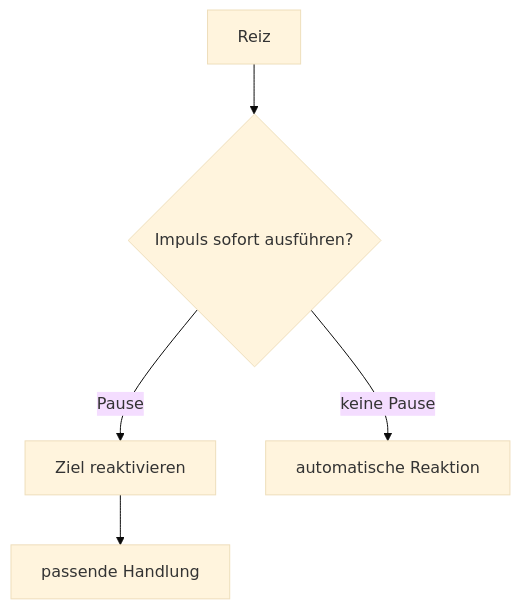
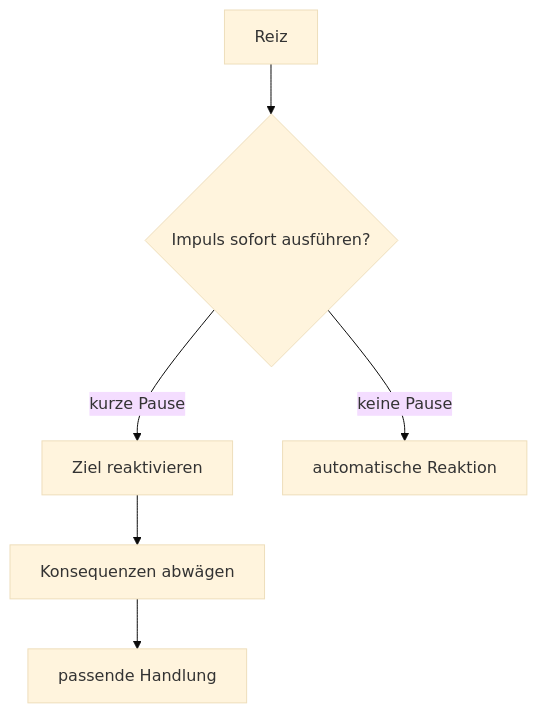
One commit to H234598/ADHS-Lernpfad changed the diagram in 01-Grundlagen/02-Inhibition-und-Handlungssteuerung.md. Above: the diagram before and after it, drawn with Mermaid (base theme). The commit also changed other lines of this file and 12 other files, not shown here.

````diff
--- a/01-Grundlagen/02-Inhibition-und-Handlungssteuerung.md
+++ b/01-Grundlagen/02-Inhibition-und-Handlungssteuerung.md
@@ -31,7 +49,8 @@
 ```mermaid
 flowchart TD
   R[Reiz] --> I{Impuls sofort ausführen?}
-  I -->|Pause| Z[Ziel reaktivieren]
-  Z --> H[passende Handlung]
+  I -->|kurze Pause| Z[Ziel reaktivieren]
+  Z --> W[Konsequenzen abwägen]
+  W --> H[passende Handlung]
   I -->|keine Pause| A[automatische Reaktion]
 ```
````
